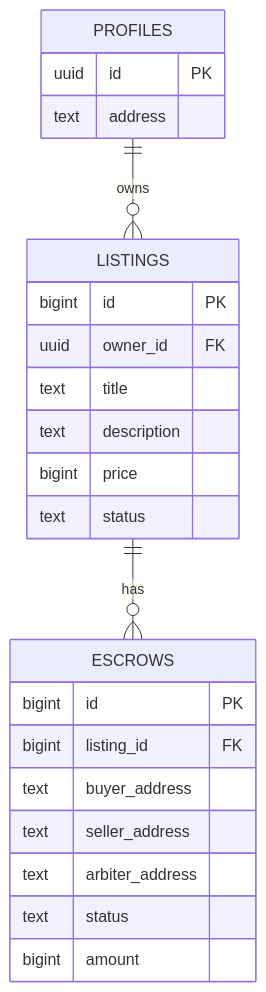
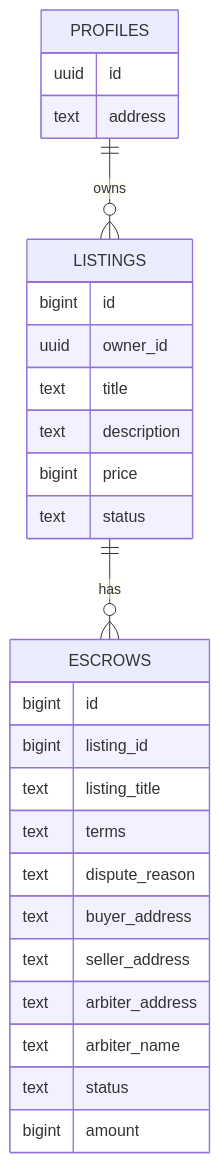
One commit to giantgun/Cuniro changed the diagram in README.md. Above: the diagram before and after it, drawn with Mermaid. The commit also changed other lines of this file, not shown here.

````diff
--- a/README.md
+++ b/README.md
@@ -225,26 +270,30 @@
 ```mermaid
 erDiagram
   PROFILES {
-    uuid id PK
+    uuid id
     text address
   }
   LISTINGS {
-    bigint id PK
-    uuid owner_id FK
+    bigint id
+    uuid owner_id
     text title
     text description
     bigint price
     text status
   }
   ESCROWS {
-    bigint id PK
-    bigint listing_id FK
+    bigint id
+    bigint listing_id
+    text listing_title
+    text terms
+    text dispute_reason
     text buyer_address
     text seller_address
     text arbiter_address
+    text arbiter_name
     text status
     bigint amount
   }
   PROFILES ||--o{ LISTINGS : "owns"
   LISTINGS ||--o{ ESCROWS : "has"
 ```
````
